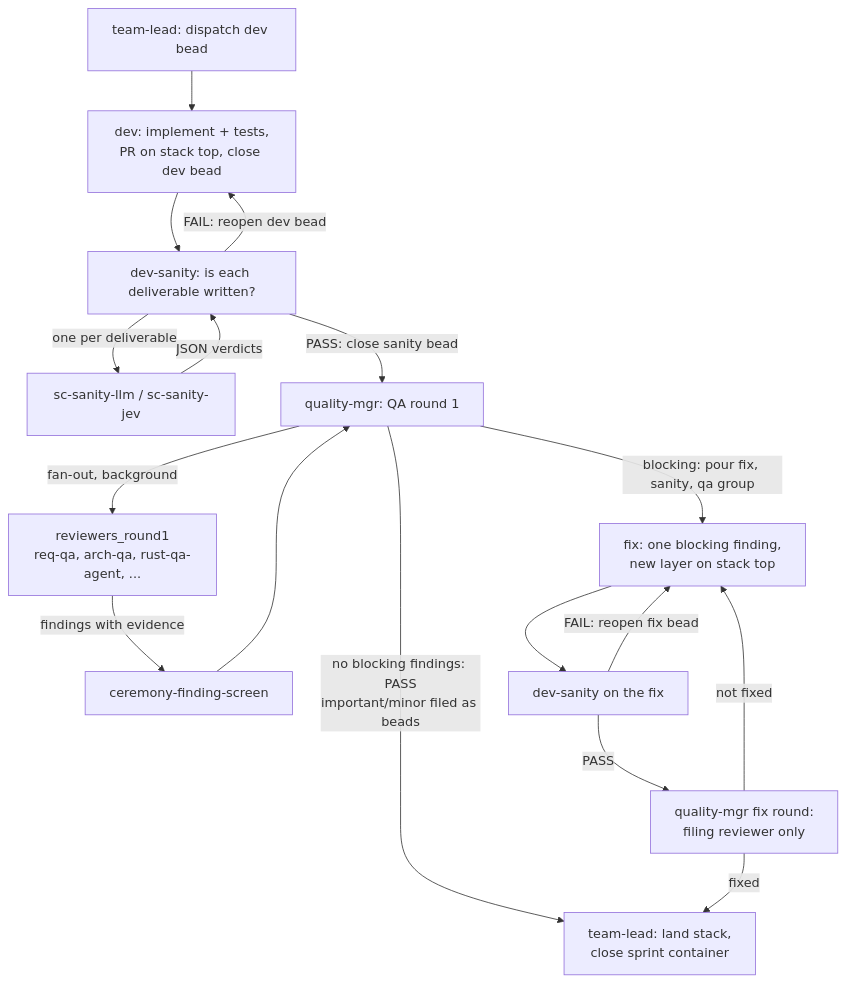
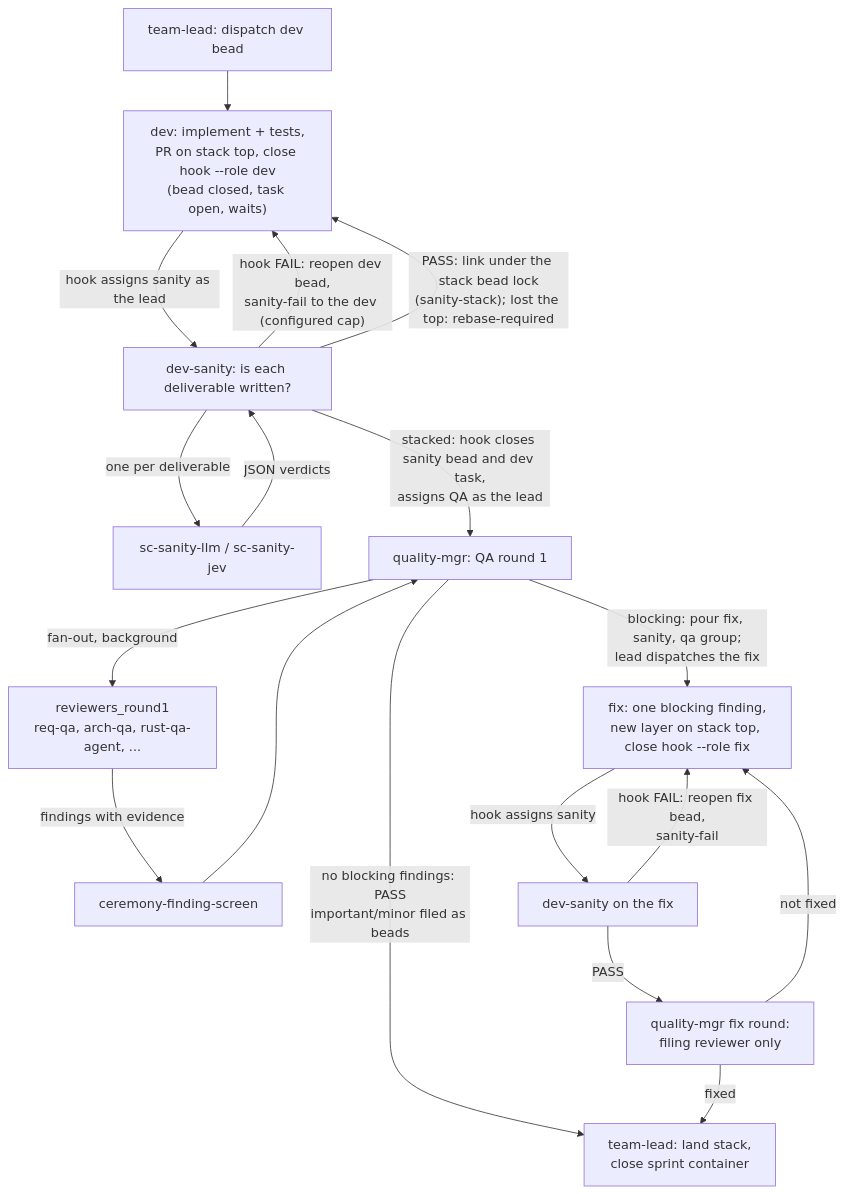
One commit to rahul05ranjan/atm-bd-orchestration changed the first of 2 diagrams in docs/requirements/README.md. Above: the diagram before and after it, drawn with Mermaid. The commit also changed other lines of this file and 2 other files, not shown here.

Commit message:
docs: align sanity workflow with task close hook

````diff
--- a/docs/requirements/README.md
+++ b/docs/requirements/README.md
@@ -33,19 +35,20 @@
 ```mermaid
 flowchart TD
-    L["team-lead: dispatch dev bead"] --> D["dev: implement + tests,<br/>PR on stack top, close dev bead"]
-    D --> S["dev-sanity: is each deliverable written?"]
+    L["team-lead: dispatch dev bead"] --> D["dev: implement + tests,<br/>PR on stack top, close hook --role dev<br/>(bead closed, task open, waits)"]
+    D -->|"hook assigns sanity as the lead"| S["dev-sanity: is each deliverable written?"]
     S -->|"one per deliverable"| SC["sc-sanity-llm / sc-sanity-jev"]
     SC -->|"JSON verdicts"| S
-    S -->|"FAIL: reopen dev bead"| D
-    S -->|"PASS: close sanity bead"| Q["quality-mgr: QA round 1"]
+    S -->|"hook FAIL: reopen dev bead,<br/>sanity-fail to the dev (configured cap)"| D
+    S -->|"PASS: link under the stack bead lock<br/>(sanity-stack); lost the top: rebase-required"| D
+    S -->|"stacked: hook closes sanity bead and dev task,<br/>assigns QA as the lead"| Q["quality-mgr: QA round 1"]
     Q -->|"fan-out, background"| R["reviewers_round1<br/>req-qa, arch-qa, rust-qa-agent, ..."]
     R -->|"findings with evidence"| CS["ceremony-finding-screen"]
     CS --> Q
     Q -->|"no blocking findings: PASS<br/>important/minor filed as beads"| Done["team-lead: land stack,<br/>close sprint container"]
-    Q -->|"blocking: pour fix, sanity, qa group"| F["fix: one blocking finding,<br/>new layer on stack top"]
-    F --> S2["dev-sanity on the fix"]
-    S2 -->|"FAIL: reopen fix bead"| F
+    Q -->|"blocking: pour fix, sanity, qa group;<br/>lead dispatches the fix"| F["fix: one blocking finding,<br/>new layer on stack top, close hook --role fix"]
+    F -->|"hook assigns sanity"| S2["dev-sanity on the fix"]
+    S2 -->|"hook FAIL: reopen fix bead,<br/>sanity-fail"| F
     S2 -->|"PASS"| Q2["quality-mgr fix round:<br/>filing reviewer only"]
     Q2 -->|"not fixed"| F
     Q2 -->|"fixed"| Done
 ```
````
